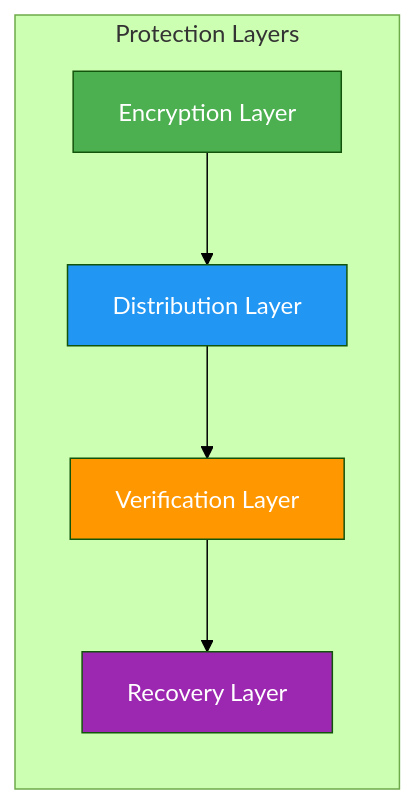
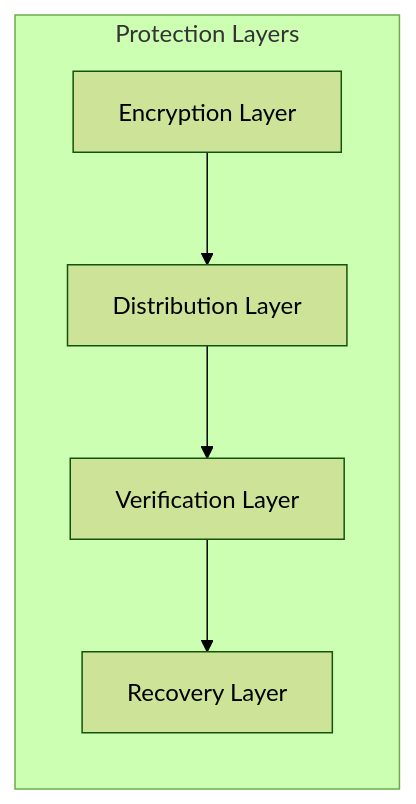
Before and after one commit to Thunder9954/Markush_FECS: the second of 5 diagrams in README.md, drawn with Mermaid (forest theme). The commit also changed other lines of this file, not shown here.

````diff
--- a/README.md
+++ b/README.md
@@ -103,18 +96,13 @@
 ```mermaid
 graph LR
     subgraph "Protection Layers"
         P1[Encryption Layer]
         P2[Distribution Layer]
         P3[Verification Layer]
         P4[Recovery Layer]
     end
     
     P1 --> P2
     P2 --> P3
     P3 --> P4
-    
-    style P1 fill:#4CAF50,color:#fff
-    style P2 fill:#2196F3,color:#fff
-    style P3 fill:#FF9800,color:#fff
-    style P4 fill:#9C27B0,color:#fff
 ```
````
